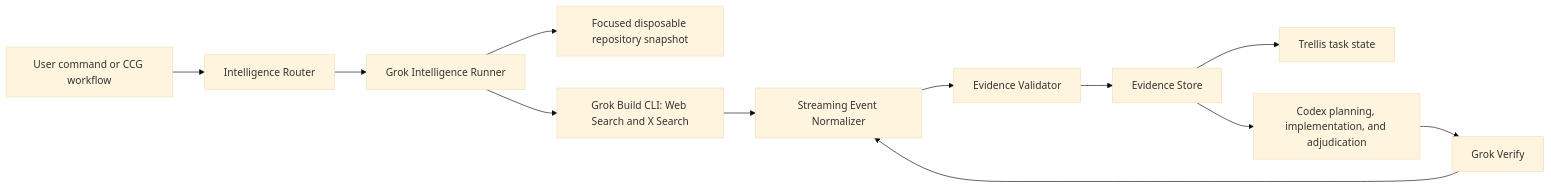
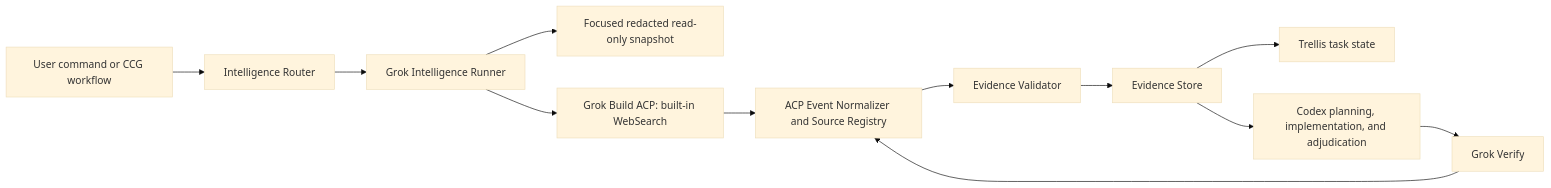
The diagram in docs/superpowers/specs/2026-07-20-grok-external-intelligence-orchestrator-design.md (jed-zed/ccg-gptpro-worflow), drawn with Mermaid (base theme) before and after one commit. The commit also changed other lines of this file and 8 other files, not shown here.

````diff
--- a/docs/superpowers/specs/2026-07-20-grok-external-intelligence-orchestrator-design.md
+++ b/docs/superpowers/specs/2026-07-20-grok-external-intelligence-orchestrator-design.md
@@ -62,14 +63,14 @@
 ```mermaid
 flowchart LR
     A["User command or CCG workflow"] --> B["Intelligence Router"]
     B --> C["Grok Intelligence Runner"]
-    C --> D["Focused disposable repository snapshot"]
-    C --> E["Grok Build CLI: Web Search and X Search"]
-    E --> F["Streaming Event Normalizer"]
+    C --> D["Focused redacted read-only snapshot"]
+    C --> E["Grok Build ACP: built-in WebSearch"]
+    E --> F["ACP Event Normalizer and Source Registry"]
     F --> G["Evidence Validator"]
     G --> H["Evidence Store"]
     H --> I["Trellis task state"]
     H --> J["Codex planning, implementation, and adjudication"]
     J --> K["Grok Verify"]
     K --> F
 ```
````
